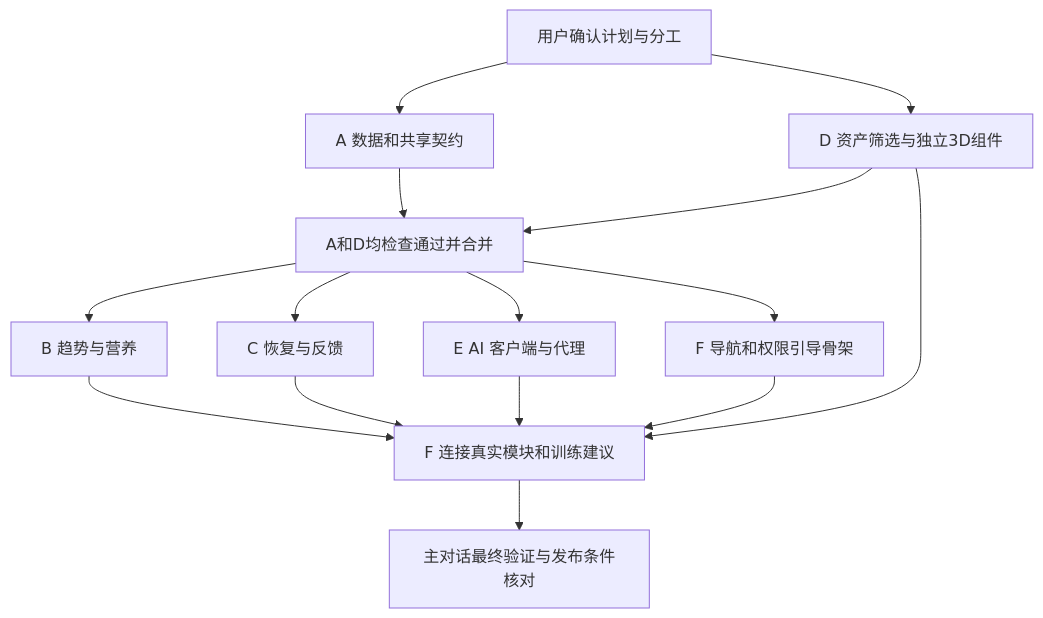
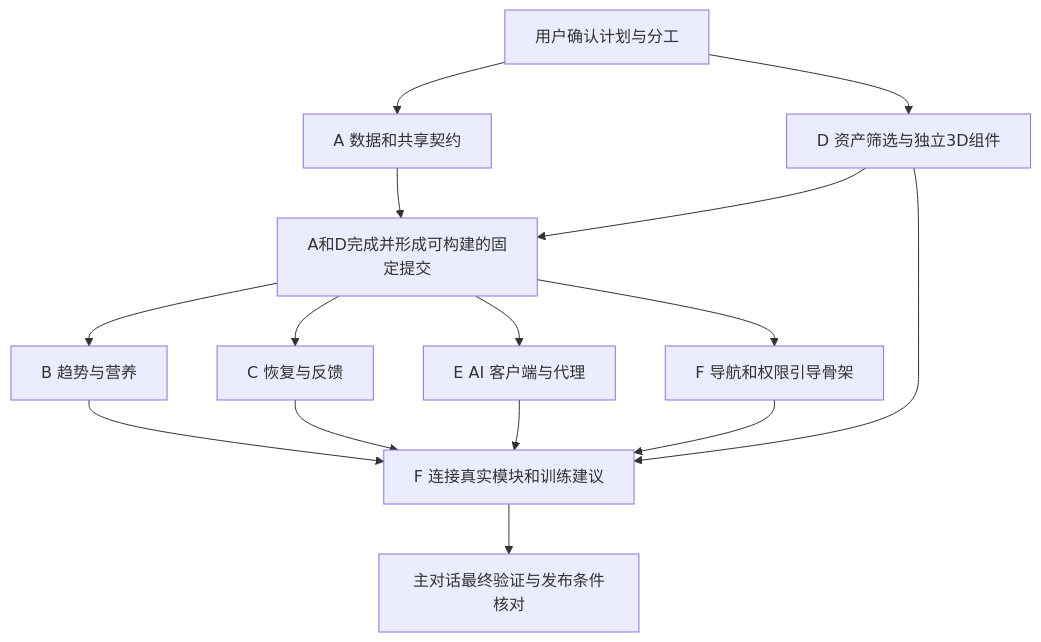
Before and after one commit to Jerryszz02/trainote: the diagram in docs/planning/health-analysis-delivery.md, drawn with Mermaid. The commit also changed other lines of this file and 3 other files, not shown here.

````diff
--- a/docs/planning/health-analysis-delivery.md
+++ b/docs/planning/health-analysis-delivery.md
@@ -53,17 +53,17 @@
 ```mermaid
 flowchart TD
   P[用户确认计划与分工] --> A[A 数据和共享契约]
   P --> D[D 资产筛选与独立3D组件]
-  A --> G[A和D均检查通过并合并]
+  A --> G[A和D完成并形成可构建的固定提交]
   D --> G
   G --> B[B 趋势与营养]
   G --> C[C 恢复与反馈]
   G --> E[E AI 客户端与代理]
   G --> F[F 导航和权限引导骨架]
   B --> I[F 连接真实模块和训练建议]
   C --> I
   D --> I
   E --> I
   F --> I
   I --> V[主对话最终验证与发布条件核对]
 ```
````
